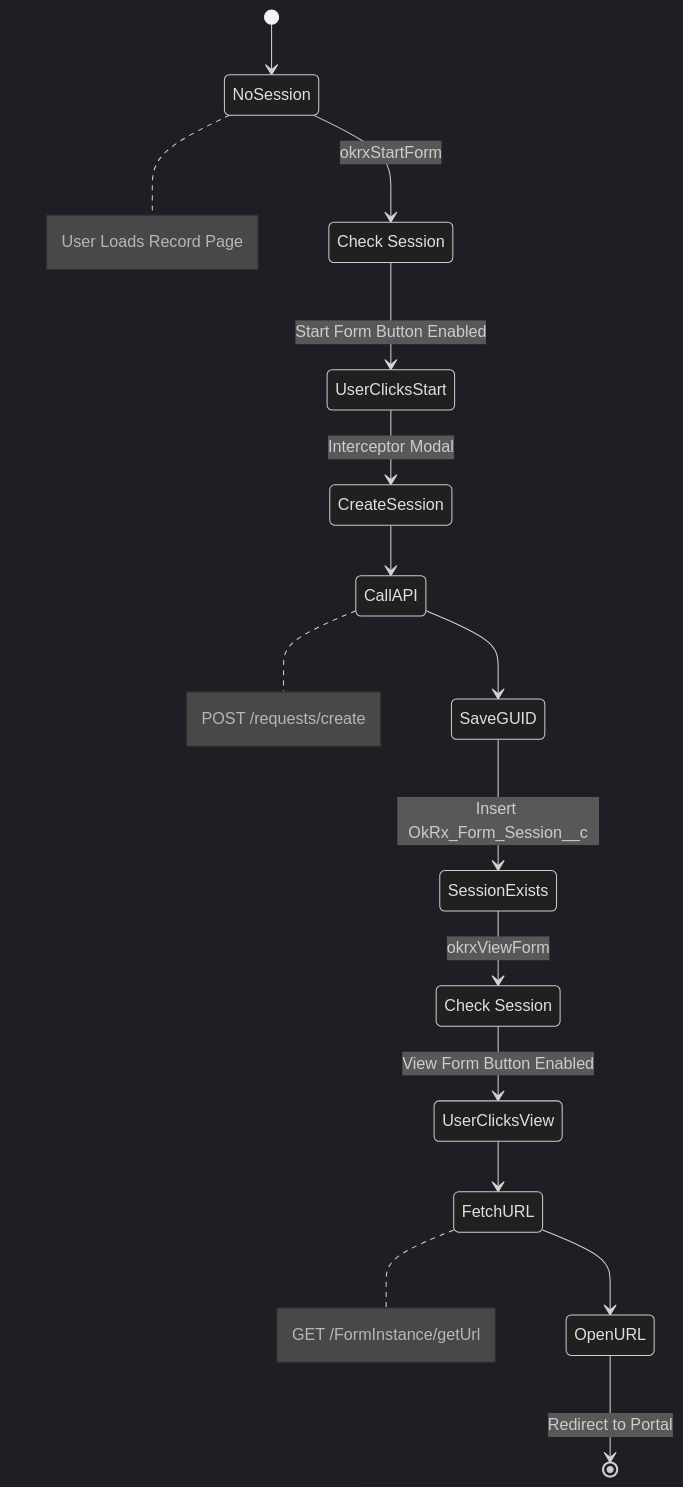
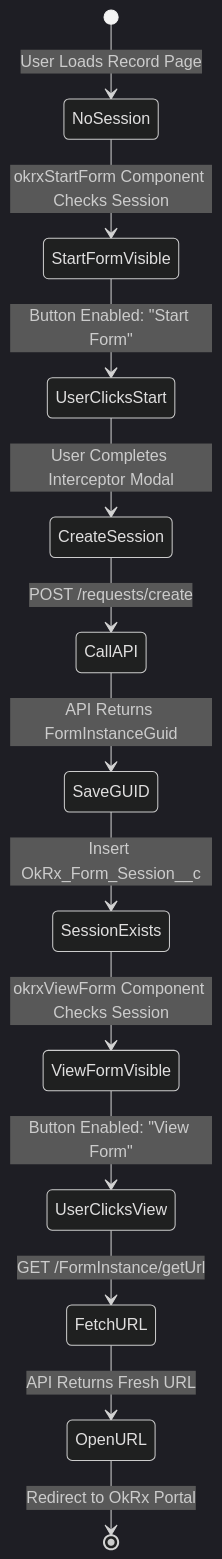
Before and after one commit to SaketLeven/OkRxSalesForceConnector: the second of 5 diagrams in README.md, drawn with Mermaid (dark theme). The commit also changed other lines of this file, not shown here.

````diff
--- a/README.md
+++ b/README.md
@@ -459,31 +276,17 @@
 ```mermaid
 stateDiagram-v2
-    [*] --> NoSession
-    note right of NoSession: User Loads Record Page
-
-    state "Check Session" as Check1
-    NoSession --> Check1: okrxStartForm
+    [*] --> NoSession: User Loads Record Page
     
-    Check1 --> UserClicksStart: Start Form Button Enabled
-    UserClicksStart --> CreateSession: Interceptor Modal
+    NoSession --> StartFormVisible: okrxStartForm Component Checks Session
+    StartFormVisible --> UserClicksStart: Button Enabled: "Start Form"
+    UserClicksStart --> CreateSession: User Completes Interceptor Modal
+    CreateSession --> CallAPI: POST /requests/create
+    CallAPI --> SaveGUID: API Returns FormInstanceGuid
+    SaveGUID --> SessionExists: Insert OkRx_Form_Session__c
     
-    CreateSession --> CallAPI
-    note right of CallAPI
-        POST /requests/create
-    end note
-
-    CallAPI --> SaveGUID
-    SaveGUID --> SessionExists: Insert OkRx_Form_Session__c
-
-    state "Check Session" as Check2
-    SessionExists --> Check2: okrxViewForm
-    Check2 --> UserClicksView: View Form Button Enabled
-    
-    UserClicksView --> FetchURL
-    note right of FetchURL
-        GET /FormInstance/getUrl
-    end note
-
-    FetchURL --> OpenURL
-    OpenURL --> [*]: Redirect to Portal
+    SessionExists --> ViewFormVisible: okrxViewForm Component Checks Session
+    ViewFormVisible --> UserClicksView: Button Enabled: "View Form"
+    UserClicksView --> FetchURL: GET /FormInstance/getUrl
+    FetchURL --> OpenURL: API Returns Fresh URL
+    OpenURL --> [*]: Redirect to OkRx Portal
 ```
````
